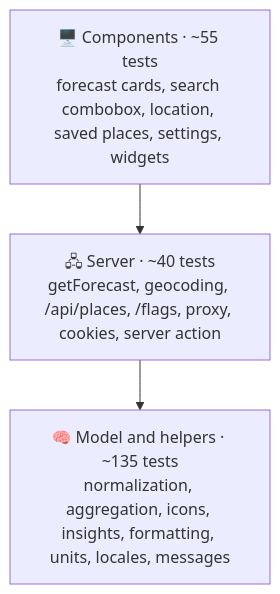
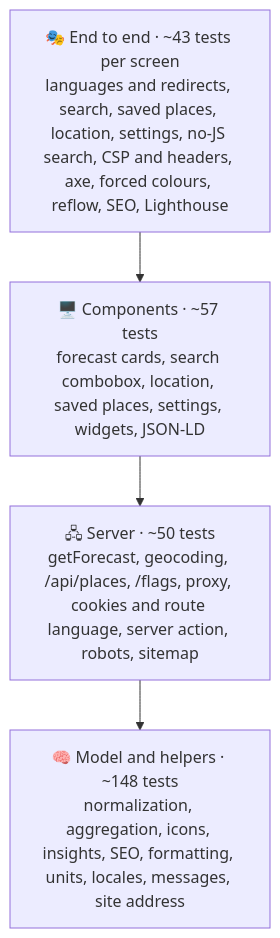
The first of 2 diagrams in docs/testing.md (sacrificed666/next-weather-app), drawn with Mermaid before and after one commit. The commit also changed other lines of this file and 14 other files, not shown here.

Commit message:
docs: describe localized routes, SEO, accessibility and end-to-end tests

````diff
--- a/docs/testing.md
+++ b/docs/testing.md
@@ -25,7 +32,8 @@
 ```mermaid
 flowchart TB
-  UI["🖥️ Components · ~55 tests<br/>forecast cards, search combobox, location, saved places, settings, widgets"]
-  Server["🖧 Server · ~40 tests<br/>getForecast, geocoding, /api/places, /flags, proxy, cookies, server action"]
-  Model["🧠 Model and helpers · ~135 tests<br/>normalization, aggregation, icons, insights, formatting, units, locales, messages"]
-  UI --> Server --> Model
+  E2E["🎭 End to end · ~43 tests per screen<br/>languages and redirects, search, saved places, location, settings, no-JS search, CSP and headers, axe, forced colours, reflow, SEO, Lighthouse"]
+  UI["🖥️ Components · ~57 tests<br/>forecast cards, search combobox, location, saved places, settings, widgets, JSON-LD"]
+  Server["🖧 Server · ~50 tests<br/>getForecast, geocoding, /api/places, /flags, proxy, cookies and route language, server action, robots, sitemap"]
+  Model["🧠 Model and helpers · ~148 tests<br/>normalization, aggregation, icons, insights, SEO, formatting, units, locales, messages, site address"]
+  E2E --> UI --> Server --> Model
 ```
````
